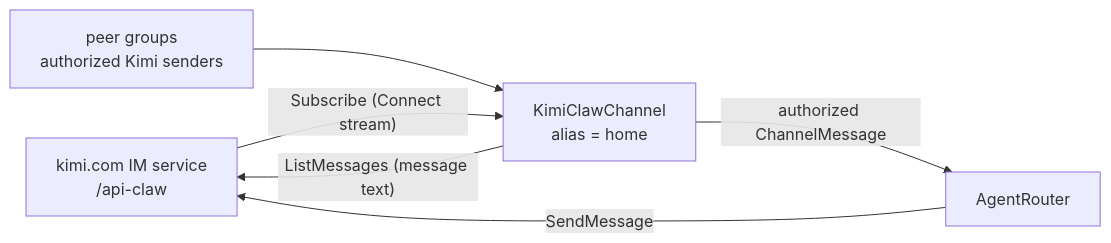
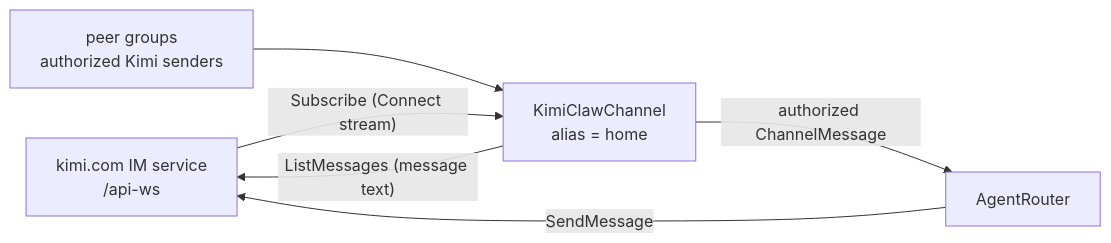
One commit to liusc45/zeroclaw changed the diagram in docs/book/src/channels/kimi-claw.md. Above: the diagram before and after it, drawn with Mermaid. The commit also changed other lines of this file and 5 other files, not shown here.

First line of the commit message:
fix(channels/kimi_claw): route IM RPC to /api-ws and harden the stream

````diff
--- a/docs/book/src/channels/kimi-claw.md
+++ b/docs/book/src/channels/kimi-claw.md
@@ -13,8 +13,8 @@
 ```mermaid
 flowchart LR
-    K["kimi.com IM service<br/>/api-claw"] -->|"Subscribe (Connect stream)"| C["KimiClawChannel<br/>alias = home"]
+    K["kimi.com IM service<br/>/api-ws"] -->|"Subscribe (Connect stream)"| C["KimiClawChannel<br/>alias = home"]
     C -->|"ListMessages (message text)"| K
     P["peer groups<br/>authorized Kimi senders"] --> C
     C -->|"authorized ChannelMessage"| R["AgentRouter"]
     R -->|"SendMessage"| K
 ```
````
